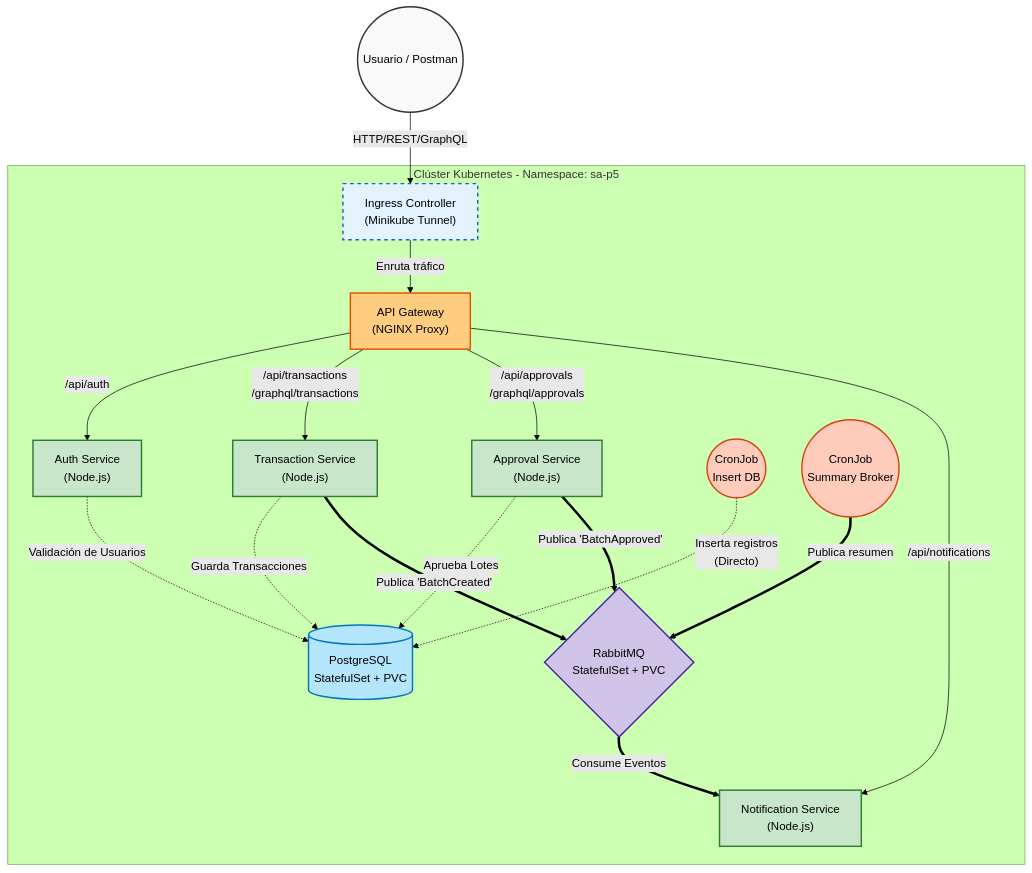
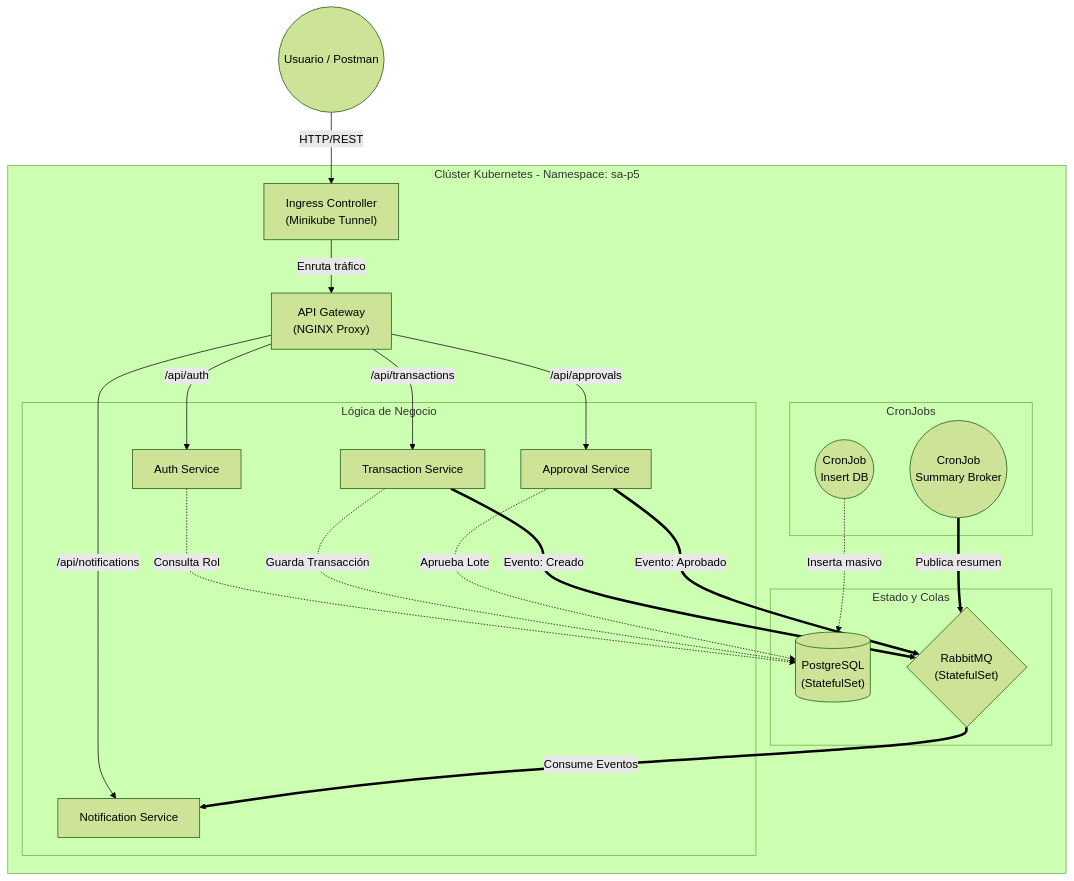
One commit to AndresCalvo98/Pr-cticas-SA-B-201712620 changed the diagram in P5/ARQUITECTURA.md. Above: the diagram before and after it, drawn with Mermaid (forest theme).

Commit message:
final P5

````diff
--- a/P5/ARQUITECTURA.md
+++ b/P5/ARQUITECTURA.md
@@ -13,55 +13,51 @@
 ```mermaid
 graph TD
-    %% Estilos de Nodos
-    classDef user fill:#f9f9f9,stroke:#333,stroke-width:2px;
-    classDef k8s fill:#e3f2fd,stroke:#1565c0,stroke-width:2px,stroke-dasharray: 5 5;
-    classDef gateway fill:#ffcc80,stroke:#e65100,stroke-width:2px;
-    classDef ms fill:#c8e6c9,stroke:#2e7d32,stroke-width:2px;
-    classDef db fill:#b3e5fc,stroke:#0277bd,stroke-width:2px;
-    classDef broker fill:#d1c4e9,stroke:#4527a0,stroke-width:2px;
-    classDef cron fill:#ffccbc,stroke:#d84315,stroke-width:2px;
-
     %% Nodos
-    Client(("Usuario / Postman")):::user
+    Client(("Usuario / Postman"))
 
     subgraph Kubernetes Cluster [Clúster Kubernetes - Namespace: sa-p5]
-        Ingress["Ingress Controller<br/>(Minikube Tunnel)"]:::k8s
+        Ingress["Ingress Controller<br/>(Minikube Tunnel)"]
+        Gateway["API Gateway<br/>(NGINX Proxy)"]
         
-        Gateway["API Gateway<br/>(NGINX Proxy)"]:::gateway
+        subgraph Microservicios [Lógica de Negocio]
+            Auth["Auth Service"]
+            Transaction["Transaction Service"]
+            Approval["Approval Service"]
+            Notification["Notification Service"]
+        end
         
-        Auth["Auth Service<br/>(Node.js)"]:::ms
-        Transaction["Transaction Service<br/>(Node.js)"]:::ms
-        Approval["Approval Service<br/>(Node.js)"]:::ms
-        Notification["Notification Service<br/>(Node.js)"]:::ms
+        subgraph Almacenamiento [Estado y Colas]
+            Postgres[("PostgreSQL<br/>(StatefulSet)")]
+            RabbitMQ{"RabbitMQ<br/>(StatefulSet)"}
+        end
         
-        Postgres[("PostgreSQL<br/>StatefulSet + PVC")]:::db
-        RabbitMQ{"RabbitMQ<br/>StatefulSet + PVC"}:::broker
-        
-        CronInsert(("CronJob<br/>Insert DB")):::cron
-        CronSummary(("CronJob<br/>Summary Broker")):::cron
+        subgraph Tareas Programadas [CronJobs]
+            CronInsert(("CronJob<br/>Insert DB"))
+            CronSummary(("CronJob<br/>Summary Broker"))
+        end
     end
 
     %% Conexiones de Entrada
-    Client -->|"HTTP/REST/GraphQL"| Ingress
+    Client -->|"HTTP/REST"| Ingress
     Ingress -->|"Enruta tráfico"| Gateway
     
     %% Conexiones Síncronas (Gateway a MS)
     Gateway -->|"/api/auth"| Auth
-    Gateway -->|"/api/transactions<br/>/graphql/transactions"| Transaction
-    Gateway -->|"/api/approvals<br/>/graphql/approvals"| Approval
+    Gateway -->|"/api/transactions"| Transaction
+    Gateway -->|"/api/approvals"| Approval
     Gateway -->|"/api/notifications"| Notification
     
     %% Conexiones a Base de Datos
-    Auth -.->|"Validación de Usuarios"| Postgres
-    Transaction -.->|"Guarda Transacciones"| Postgres
-    Approval -.->|"Aprueba Lotes"| Postgres
+    Auth -.->|"Consulta Rol"| Postgres
+    Transaction -.->|"Guarda Transacción"| Postgres
+    Approval -.->|"Aprueba Lote"| Postgres
     
     %% Conexiones Asíncronas (Broker)
-    Transaction ==>|"Publica 'BatchCreated'"| RabbitMQ
-    Approval ==>|"Publica 'BatchApproved'"| RabbitMQ
+    Transaction ==>|"Evento: Creado"| RabbitMQ
+    Approval ==>|"Evento: Aprobado"| RabbitMQ
     RabbitMQ ==>|"Consume Eventos"| Notification
     
     %% Conexiones CronJobs
-    CronInsert -.->|"Inserta registros<br/>(Directo)"| Postgres
+    CronInsert -.->|"Inserta masivo"| Postgres
     CronSummary ==>|"Publica resumen"| RabbitMQ
 ```
````
